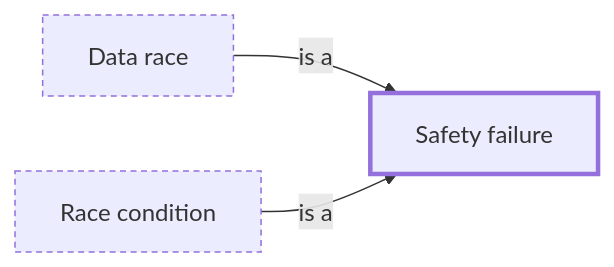
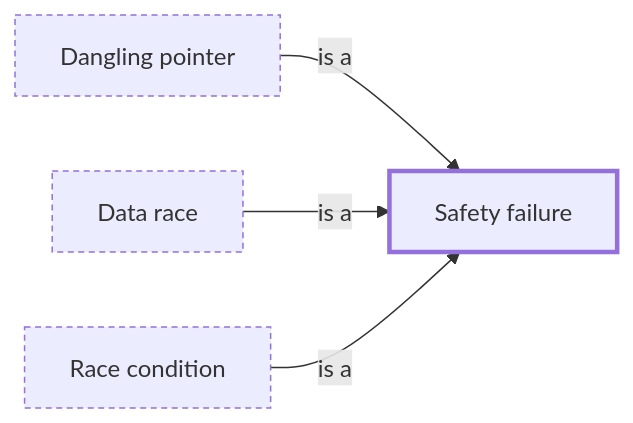
One commit to masiarek/concurrency-learning-library changed the diagram in 11_Concepts/hazards/safety_failure/README.md. Above: the diagram before and after it, drawn with Mermaid. The commit also changed other lines of this file and 44 other files, not shown here.

````diff
--- a/11_Concepts/hazards/safety_failure/README.md
+++ b/11_Concepts/hazards/safety_failure/README.md
@@ -11,12 +11,14 @@
 ```mermaid
 flowchart LR
+  n_dangling_pointer["Dangling pointer"]
   n_data_race["Data race"]
   n_race_condition["Race condition"]
   n_safety_failure["Safety failure"]
+  n_dangling_pointer -->|is a| n_safety_failure
   n_data_race -->|is a| n_safety_failure
   n_race_condition -->|is a| n_safety_failure
   classDef center stroke-width:3px
   class n_safety_failure center
   classDef outside stroke-dasharray: 4 3
-  class n_data_race,n_race_condition outside
+  class n_dangling_pointer,n_data_race,n_race_condition outside
 ```
````
